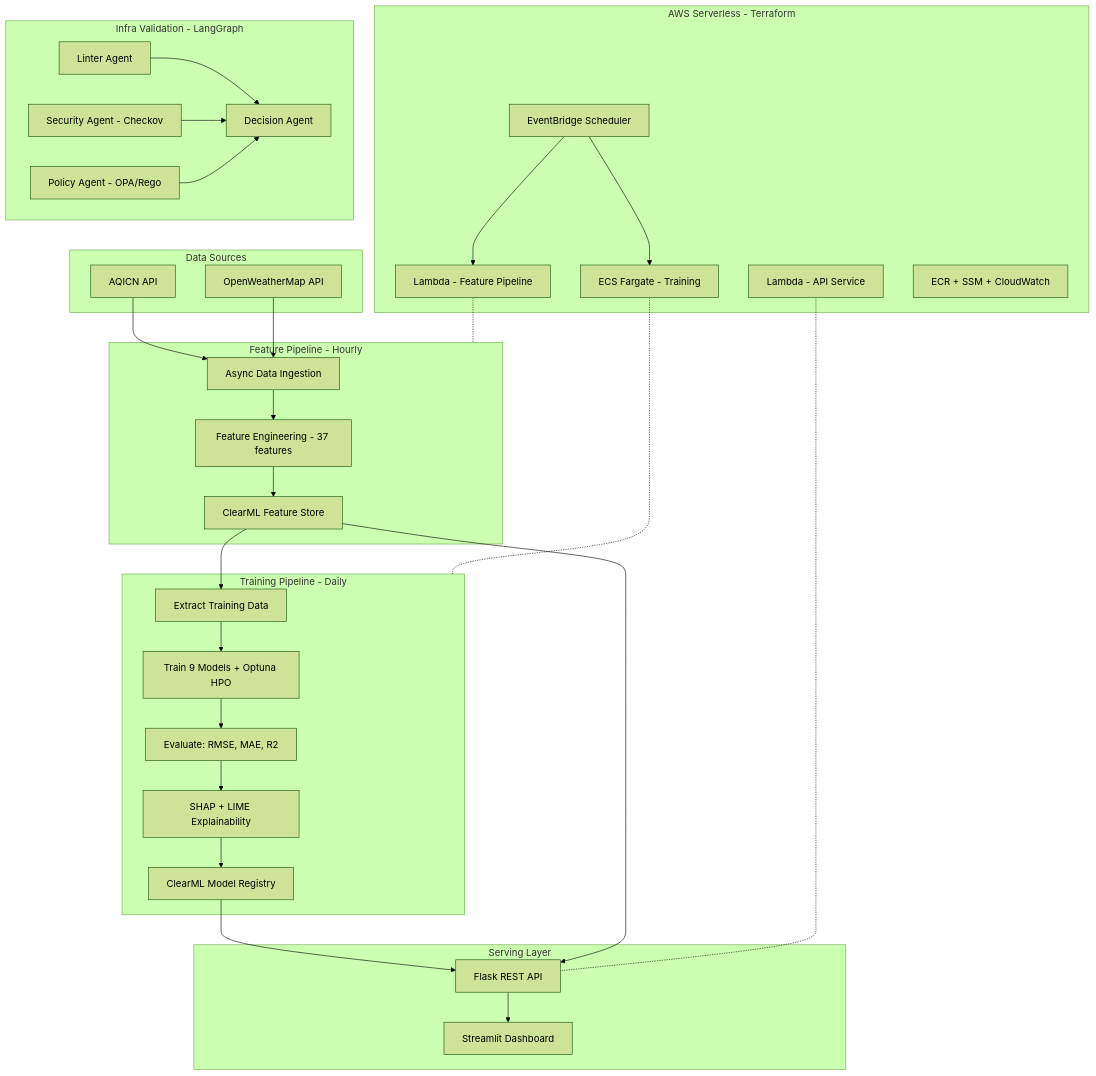
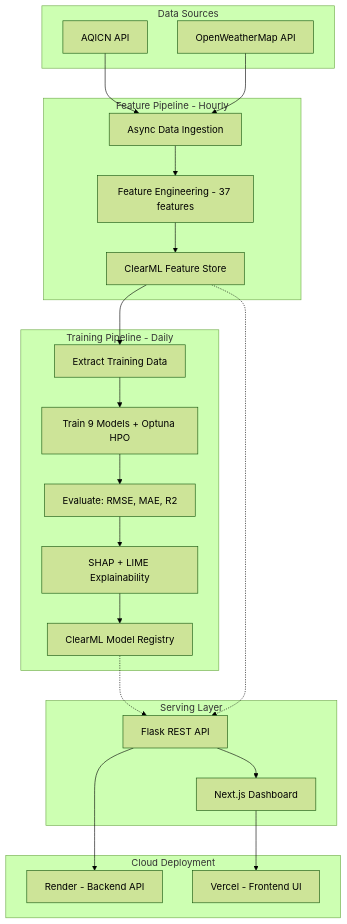
The diagram in README.md (Zain-ul-abdeen-773/AQI-Predictor), drawn with Mermaid (forest theme) before and after one commit. The commit also changed other lines of this file and 3 other files, not shown here.

Commit message:
feat: implement CI/CD workflows for automated testing, feature pipelines, and training, and update project documentation

````diff
--- a/README.md
+++ b/README.md
@@ -50,66 +49,49 @@
 ```mermaid
 flowchart TB
     subgraph Sources[Data Sources]
         A1[AQICN API]
         A2[OpenWeatherMap API]
     end
 
     subgraph FP[Feature Pipeline - Hourly]
         B1[Async Data Ingestion]
         B2[Feature Engineering - 37 features]
         B3[ClearML Feature Store]
     end
 
     subgraph TP[Training Pipeline - Daily]
         C1[Extract Training Data]
         C2[Train 9 Models + Optuna HPO]
         C3[Evaluate: RMSE, MAE, R2]
         C4[SHAP + LIME Explainability]
         C5[ClearML Model Registry]
     end
 
     subgraph SV[Serving Layer]
         D1[Flask REST API]
-        D2[Streamlit Dashboard]
+        D2[Next.js Dashboard]
     end
 
-    subgraph AWS[AWS Serverless - Terraform]
-        E1[Lambda - Feature Pipeline]
-        E2[Lambda - API Service]
-        E3[ECS Fargate - Training]
-        E4[EventBridge Scheduler]
-        E5[ECR + SSM + CloudWatch]
-    end
-
-    subgraph VA[Infra Validation - LangGraph]
-        F1[Linter Agent]
-        F2[Security Agent - Checkov]
-        F3[Policy Agent - OPA/Rego]
-        F4[Decision Agent]
+    subgraph Deploy[Cloud Deployment]
+        E1[Render - Backend API]
+        E2[Vercel - Frontend UI]
     end
 
     A1 --> B1
     A2 --> B1
     B1 --> B2
     B2 --> B3
 
     B3 --> C1
     C1 --> C2
     C2 --> C3
     C3 --> C4
     C4 --> C5
 
-    C5 --> D1
-    B3 --> D1
+    C5 -.-> D1
+    B3 -.-> D1
     D1 --> D2
-
-    E4 --> E1
-    E4 --> E3
-    E1 -.- FP
-    E2 -.- D1
-    E3 -.- TP
-
-    F1 --> F4
-    F2 --> F4
-    F3 --> F4
+    
+    D1 --> E1
+    D2 --> E2
 ```
````
